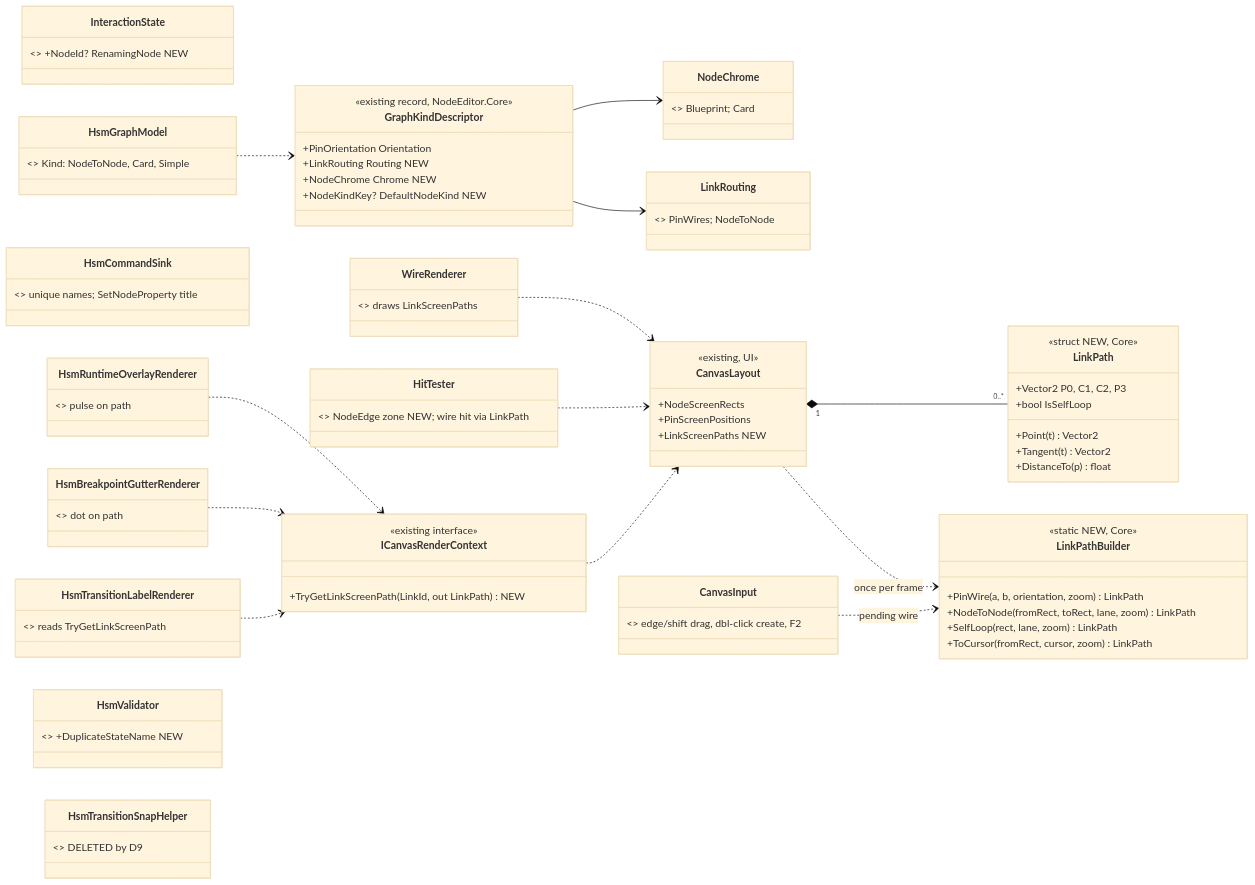
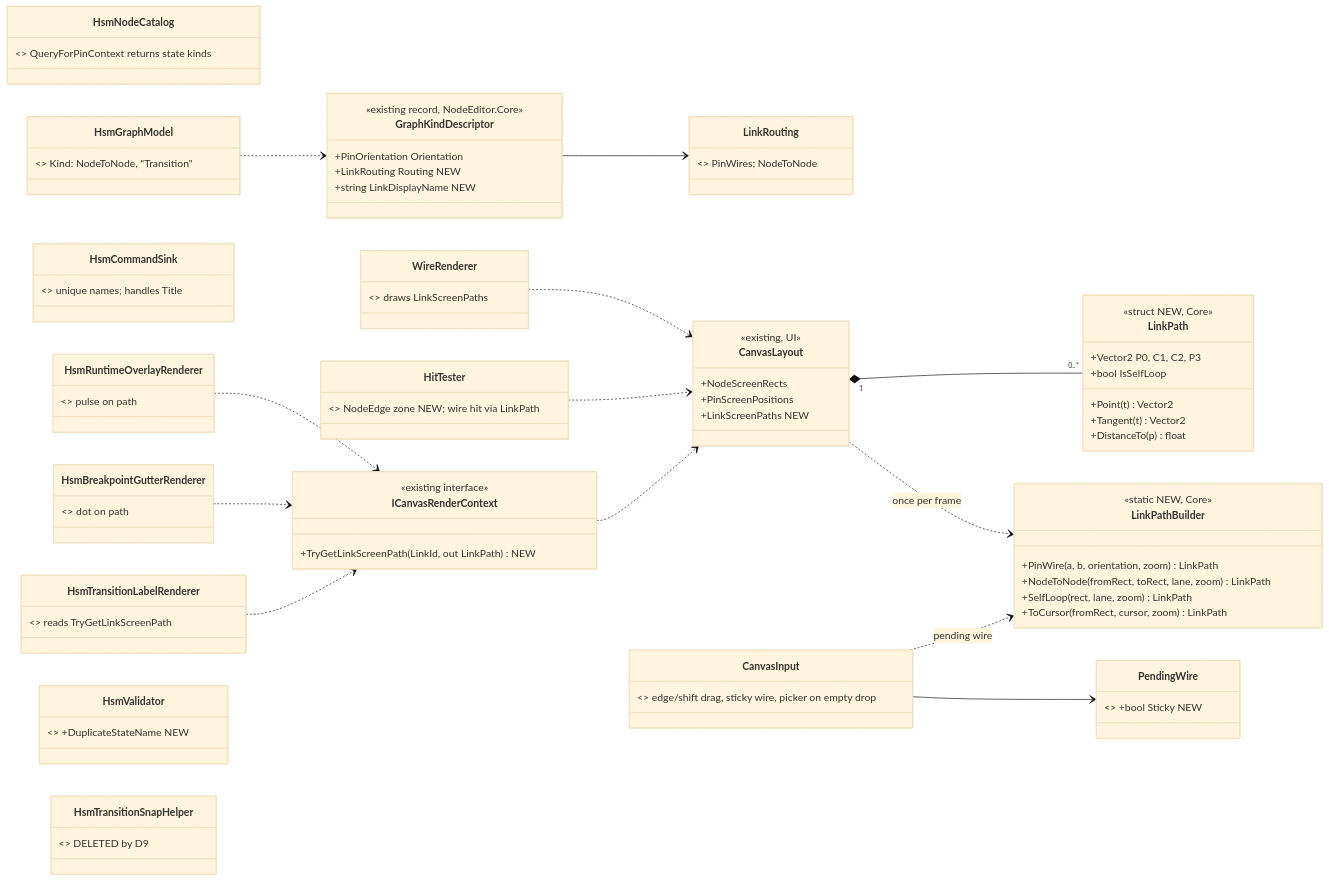
The first of 5 diagrams in docs/blueprints/DESIGN_Hsm_Canvas_Authoring.md (pjanec/HROT), drawn with Mermaid (base theme) before and after one commit. The commit also changed other lines of this file and 2 other files, not shown here.

First line of the commit message:
docs(HSM UX): revise canvas design per user — palette placement, "Add Transition" menu, picker on empty drop

````diff
--- a/docs/blueprints/DESIGN_Hsm_Canvas_Authoring.md
+++ b/docs/blueprints/DESIGN_Hsm_Canvas_Authoring.md
@@ -69,62 +69,61 @@
 ```mermaid
 classDiagram
     direction LR
     class GraphKindDescriptor {
         <<existing record, NodeEditor.Core>>
         +PinOrientation Orientation
         +LinkRouting Routing  NEW
-        +NodeChrome Chrome  NEW
-        +NodeKindKey? DefaultNodeKind  NEW
+        +string LinkDisplayName  NEW
     }
     class LinkRouting { <<enum NEW>> PinWires; NodeToNode }
-    class NodeChrome { <<enum NEW>> Blueprint; Card }
+    class PendingWire { <<existing>> +bool Sticky NEW }
     class LinkPath {
         <<struct NEW, Core>>
         +Vector2 P0, C1, C2, P3
         +bool IsSelfLoop
         +Point(t) Vector2
         +Tangent(t) Vector2
         +DistanceTo(p) float
     }
     class LinkPathBuilder {
         <<static NEW, Core>>
         +PinWire(a, b, orientation, zoom) LinkPath
         +NodeToNode(fromRect, toRect, lane, zoom) LinkPath
         +SelfLoop(rect, lane, zoom) LinkPath
         +ToCursor(fromRect, cursor, zoom) LinkPath
     }
     class CanvasLayout {
         <<existing, UI>>
         +NodeScreenRects
         +PinScreenPositions
         +LinkScreenPaths  NEW
     }
     class WireRenderer { <<existing>> draws LinkScreenPaths }
     class HitTester { <<existing>> NodeEdge zone NEW; wire hit via LinkPath }
-    class CanvasInput { <<existing>> edge/shift drag, dbl-click create, F2 }
+    class CanvasInput { <<existing>> edge/shift drag, sticky wire, picker on empty drop }
     class ICanvasRenderContext {
         <<existing interface>>
         +TryGetLinkScreenPath(LinkId, out LinkPath) NEW
     }
-    class InteractionState { <<existing>> +NodeId? RenamingNode NEW }
-    class HsmGraphModel { <<existing>> Kind: NodeToNode, Card, Simple }
-    class HsmCommandSink { <<existing>> unique names; SetNodeProperty title }
+    class HsmNodeCatalog { <<existing>> QueryForPinContext returns state kinds }
+    class HsmGraphModel { <<existing>> Kind: NodeToNode, "Transition" }
+    class HsmCommandSink { <<existing>> unique names; handles Title }
     class HsmTransitionLabelRenderer { <<existing>> reads TryGetLinkScreenPath }
     class HsmBreakpointGutterRenderer { <<existing>> dot on path }
     class HsmRuntimeOverlayRenderer { <<existing>> pulse on path }
     class HsmValidator { <<existing>> +DuplicateStateName NEW }
     class HsmTransitionSnapHelper { <<existing, test-only>> DELETED by D9 }
 
     GraphKindDescriptor --> LinkRouting
-    GraphKindDescriptor --> NodeChrome
+    CanvasInput --> PendingWire
     CanvasLayout ..> LinkPathBuilder : once per frame
     CanvasLayout "1" *-- "0..*" LinkPath
     WireRenderer ..> CanvasLayout
     HitTester ..> CanvasLayout
     CanvasInput ..> LinkPathBuilder : pending wire
     ICanvasRenderContext ..> CanvasLayout
     HsmGraphModel ..> GraphKindDescriptor
     HsmTransitionLabelRenderer ..> ICanvasRenderContext
     HsmBreakpointGutterRenderer ..> ICanvasRenderContext
     HsmRuntimeOverlayRenderer ..> ICanvasRenderContext
 ```
````
